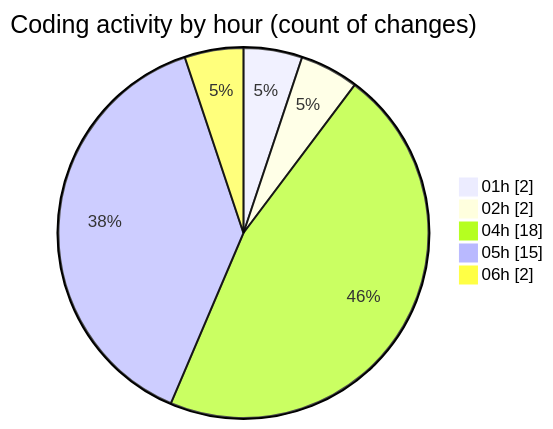
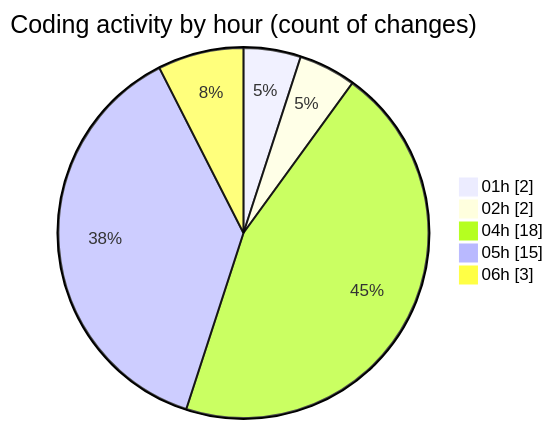
One commit to tmsrecording-cyber/code-tracking changed the second of 2 diagrams in 2026-02-05/singularitybrainai/README.md. Above: the diagram before and after it, drawn with Mermaid. The commit also changed other lines of this file and 1 other file, not shown here.

````diff
--- a/2026-02-05/singularitybrainai/README.md
+++ b/2026-02-05/singularitybrainai/README.md
@@ -33,9 +33,9 @@
 ```mermaid
 pie showData
 title Coding activity by hour (count of changes)
 "01h" : 2
 "02h" : 2
 "04h" : 18
 "05h" : 15
-"06h" : 2
+"06h" : 3
 ```
````
